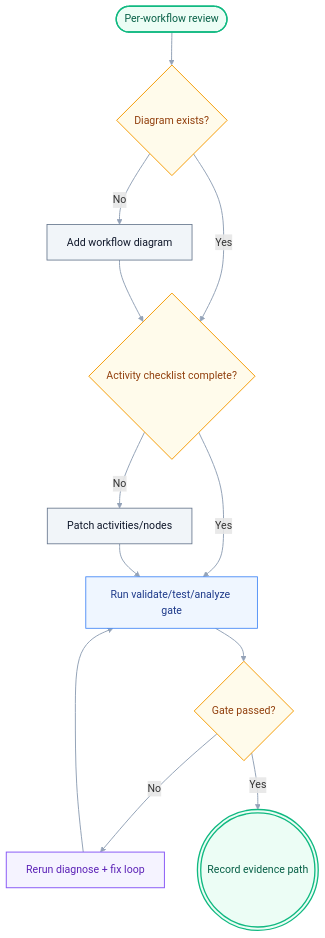
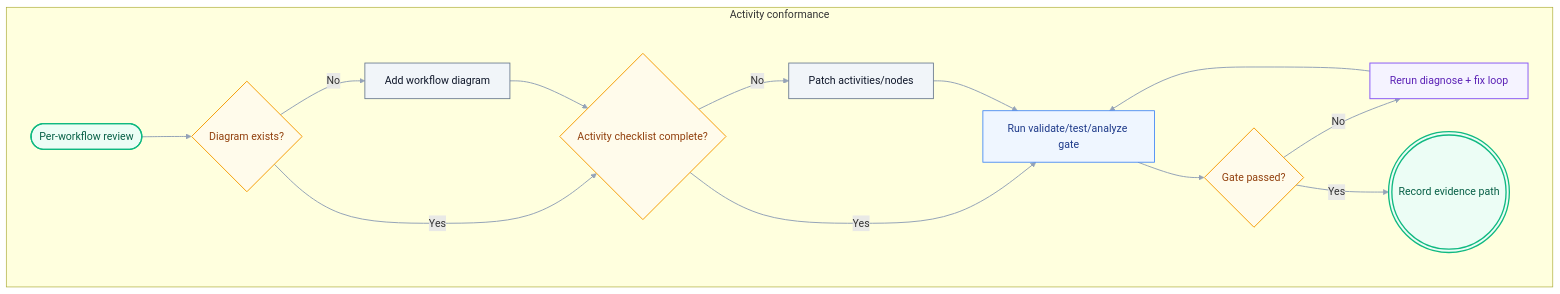
Before and after one commit to DanielaRosenn/uiplan-agent-of-agents: the fifth of 7 diagrams in templates/uiplan/_tasks-template.md, drawn with Mermaid. The commit also changed other lines of this file and 12 other files, not shown here.

````diff
--- a/templates/uiplan/_tasks-template.md
+++ b/templates/uiplan/_tasks-template.md
@@ -415,22 +428,24 @@
 ```mermaid
 flowchart TD
-  Start([Per-workflow review]):::start --> HasDiagram{Diagram exists?}:::decision
-  HasDiagram -- No --> AddDiagram[Add workflow diagram]:::process
-  HasDiagram -- Yes --> HasChecklist{Activity checklist complete?}:::decision
-  AddDiagram --> HasChecklist
-  HasChecklist -- No --> PatchWorkflow[Patch activities/nodes]:::process
-  HasChecklist -- Yes --> VerifyGate[Run validate/test/analyze gate]:::service
-  PatchWorkflow --> VerifyGate
-  VerifyGate --> Pass{Gate passed?}:::decision
-  Pass -- No --> Diagnose[Rerun diagnose + fix loop]:::human
-  Pass -- Yes --> Evidence(((Record evidence path))):::endOk
-  Diagnose --> VerifyGate
+  subgraph ActivityGate["Activity conformance"]
+    Start([Per-workflow review]):::start --> HasDiagram{Diagram exists?}:::decision
+    HasDiagram -- No --> AddDiagram[Add workflow diagram]:::process
+    HasDiagram -- Yes --> HasChecklist{Activity checklist complete?}:::decision
+    AddDiagram --> HasChecklist
+    HasChecklist -- No --> PatchWorkflow[Patch activities/nodes]:::process
+    HasChecklist -- Yes --> VerifyGate[Run validate/test/analyze gate]:::service
+    PatchWorkflow --> VerifyGate
+    VerifyGate --> Pass{Gate passed?}:::decision
+    Pass -- No --> Diagnose[Rerun diagnose + fix loop]:::human
+    Pass -- Yes --> Evidence(((Record evidence path))):::endOk
+    Diagnose --> VerifyGate
+  end
 
   classDef start fill:#ECFDF5,stroke:#10B981,color:#065F46,stroke-width:2px
   classDef endOk fill:#ECFDF5,stroke:#10B981,color:#065F46,stroke-width:2px
   classDef process fill:#F1F5F9,stroke:#64748B,color:#0F172A,stroke-width:1.25px
   classDef service fill:#EFF6FF,stroke:#3B82F6,color:#1E3A8A,stroke-width:1.25px
   classDef decision fill:#FFFBEB,stroke:#F59E0B,color:#92400E,stroke-width:1.5px
   classDef human fill:#F5F3FF,stroke:#8B5CF6,color:#5B21B6,stroke-width:1.5px
   linkStyle default stroke:#94A3B8,stroke-width:1.5px
 ```
````
